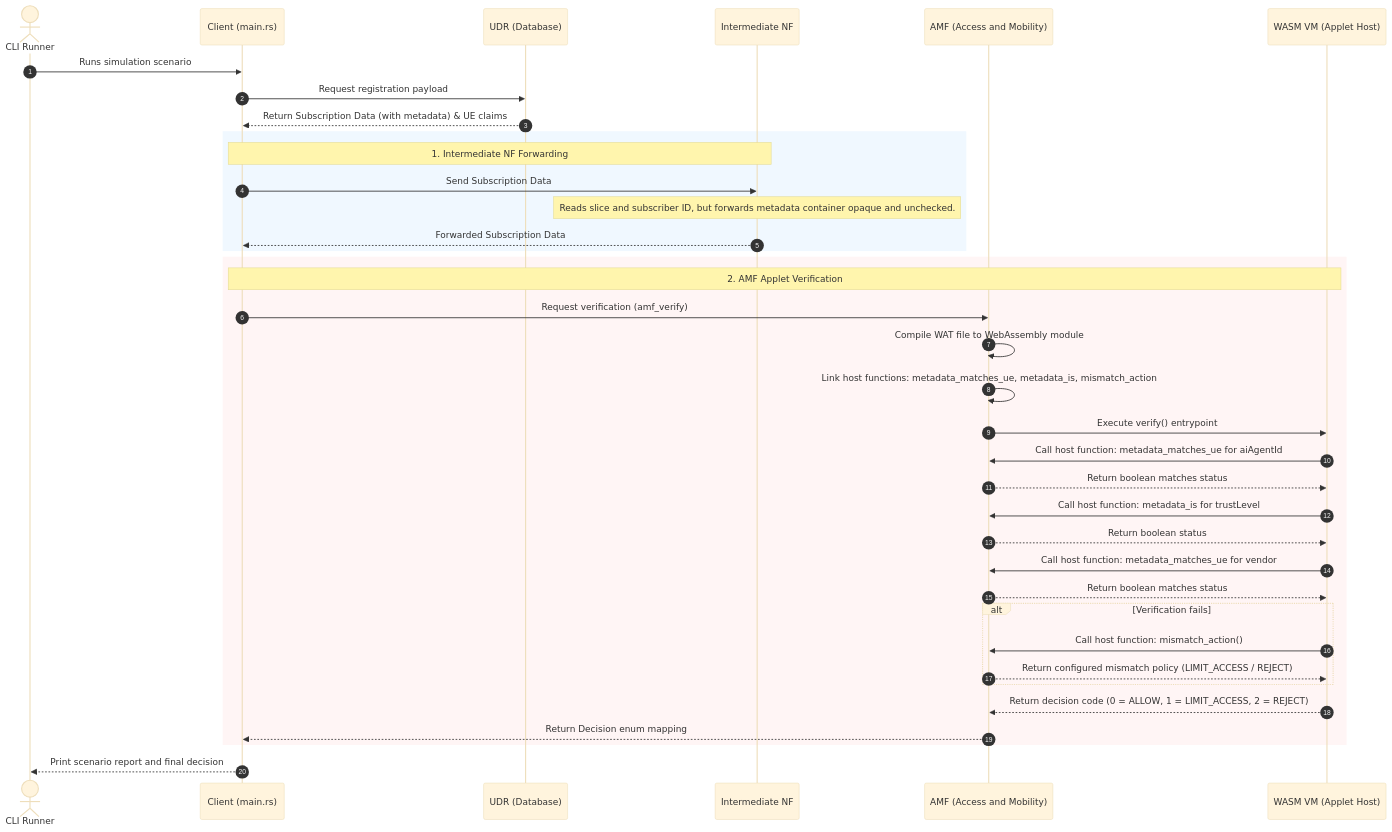
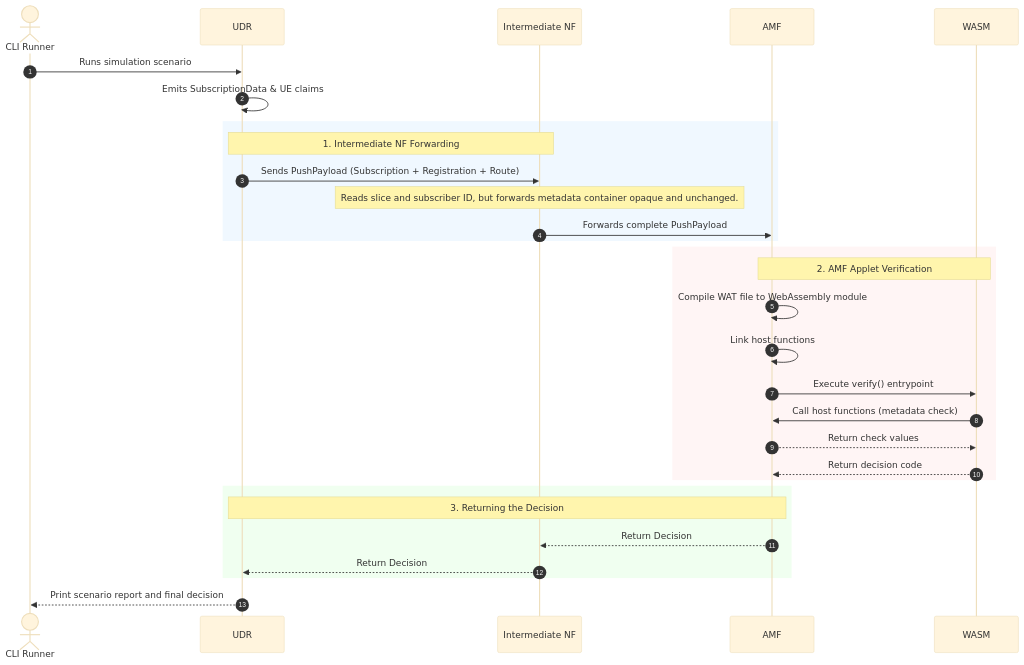
One commit to acore2026/programmable-para changed the diagram in README.md. Above: the diagram before and after it, drawn with Mermaid (base theme).

Commit message:
docs: update README.md sequence diagram to align with clean PUSH architecture (removing separate main.rs actor)

````diff
--- a/README.md
+++ b/README.md
@@ -44,48 +44,39 @@
 ```mermaid
 sequenceDiagram
     autonumber
     actor User as CLI Runner
-    participant Main as Client (main.rs)
-    participant UDR as UDR (Database)
+    participant UDR as UDR
     participant INF as Intermediate NF
-    participant AMF as AMF (Access and Mobility)
-    participant WASM as WASM VM (Applet Host)
+    participant AMF as AMF
+    participant WASM as WASM
 
-    User->>Main: Runs simulation scenario
-    Main->>UDR: Request registration payload
-    UDR-->>Main: Return Subscription Data (with metadata) & UE claims
+    User->>UDR: Runs simulation scenario
+    UDR->>UDR: Emits SubscriptionData & UE claims
 
     rect rgb(240, 248, 255)
-    Note over Main, INF: 1. Intermediate NF Forwarding
-    Main->>INF: Send Subscription Data
-    Note over INF: Reads slice and subscriber ID, but forwards metadata container opaque and unchecked.
-    INF-->>Main: Forwarded Subscription Data
+    Note over UDR, INF: 1. Intermediate NF Forwarding
+    UDR->>INF: Sends PushPayload (Subscription + Registration + Route)
+    Note over INF: Reads slice and subscriber ID, but forwards metadata container opaque and unchanged.
+    INF->>AMF: Forwards complete PushPayload
     end
 
     rect rgb(255, 245, 245)
-    Note over Main, WASM: 2. AMF Applet Verification
-    Main->>AMF: Request verification (amf_verify)
+    Note over AMF, WASM: 2. AMF Applet Verification
     AMF->>AMF: Compile WAT file to WebAssembly module
-    AMF->>AMF: Link host functions: metadata_matches_ue, metadata_is, mismatch_action
+    AMF->>AMF: Link host functions
     AMF->>WASM: Execute verify() entrypoint
     
-    WASM->>AMF: Call host function: metadata_matches_ue for aiAgentId
-    AMF-->>WASM: Return boolean matches status
+    WASM->>AMF: Call host functions (metadata check)
+    AMF-->>WASM: Return check values
     
-    WASM->>AMF: Call host function: metadata_is for trustLevel
-    AMF-->>WASM: Return boolean status
-
-    WASM->>AMF: Call host function: metadata_matches_ue for vendor
-    AMF-->>WASM: Return boolean matches status
-
-    alt Verification fails
-        WASM->>AMF: Call host function: mismatch_action()
-        AMF-->>WASM: Return configured mismatch policy (LIMIT_ACCESS / REJECT)
+    WASM-->>AMF: Return decision code
     end
 
-    WASM-->>AMF: Return decision code (0 = ALLOW, 1 = LIMIT_ACCESS, 2 = REJECT)
-    AMF-->>Main: Return Decision enum mapping
+    rect rgb(240, 255, 240)
+    Note over AMF, UDR: 3. Returning the Decision
+    AMF-->>INF: Return Decision
+    INF-->>UDR: Return Decision
     end
 
-    Main-->>User: Print scenario report and final decision
+    UDR-->>User: Print scenario report and final decision
 ```
````
